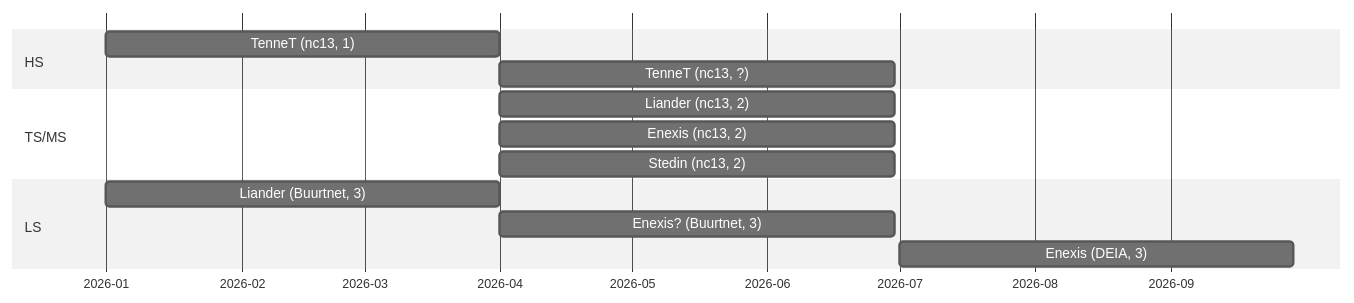
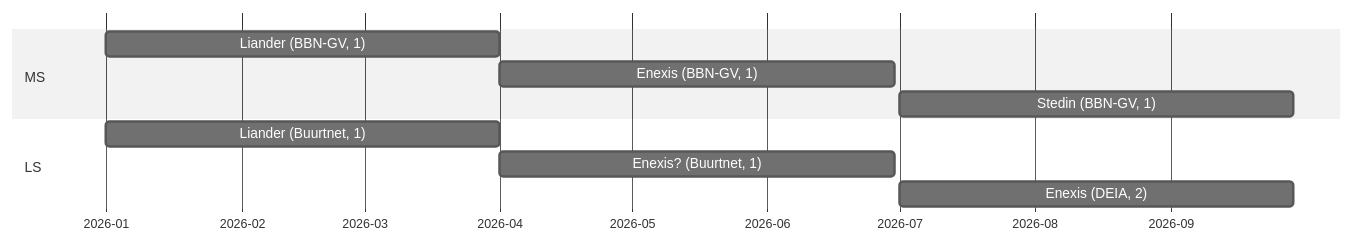
Before and after one commit to Netbeheer-Nederland/presentations: the second of 5 diagrams in presentatie_profile_group-20250113/index.adoc, drawn with Mermaid. The commit also changed other lines of this file and 5 other files, not shown here.

```diff
--- a/presentatie_profile_group-20250113/index.adoc
+++ b/presentatie_profile_group-20250113/index.adoc
@@ -44,21 +87,17 @@
 [mermaid]
 ----
 %%{init: {"theme":"neutral"}}%%
 gantt
     dateFormat  YYYY-MM-DD
     axisFormat  %Y-%m
 
-    section HS
-    TenneT (nc13, 1) :2026-01-01, 90d
-    TenneT (nc13, ?) :2026-04-01, 90d
-
-    section TS/MS
-    Liander (nc13, 2) :2026-04-01, 90d
-    Enexis (nc13, 2) :2026-04-01, 90d
-    Stedin (nc13, 2) :2026-04-01, 90d
+    section MS
+    Liander (BBN-GV, 1) :2026-01-01, 90d
+    Enexis (BBN-GV, 1) :2026-04-01, 90d
+    Stedin (BBN-GV, 1) :2026-07-01, 90d
 
     section LS
-    Liander (Buurtnet, 3) :2026-01-01, 90d
-    Enexis? (Buurtnet, 3) :2026-04-01, 90d
-    Enexis (DEIA, 3) :2026-07-01, 90d
+    Liander (Buurtnet, 1) :2026-01-01, 90d
+    Enexis? (Buurtnet, 1) :2026-04-01, 90d
+    Enexis (DEIA, 2) :2026-07-01, 90d
 ----
```
